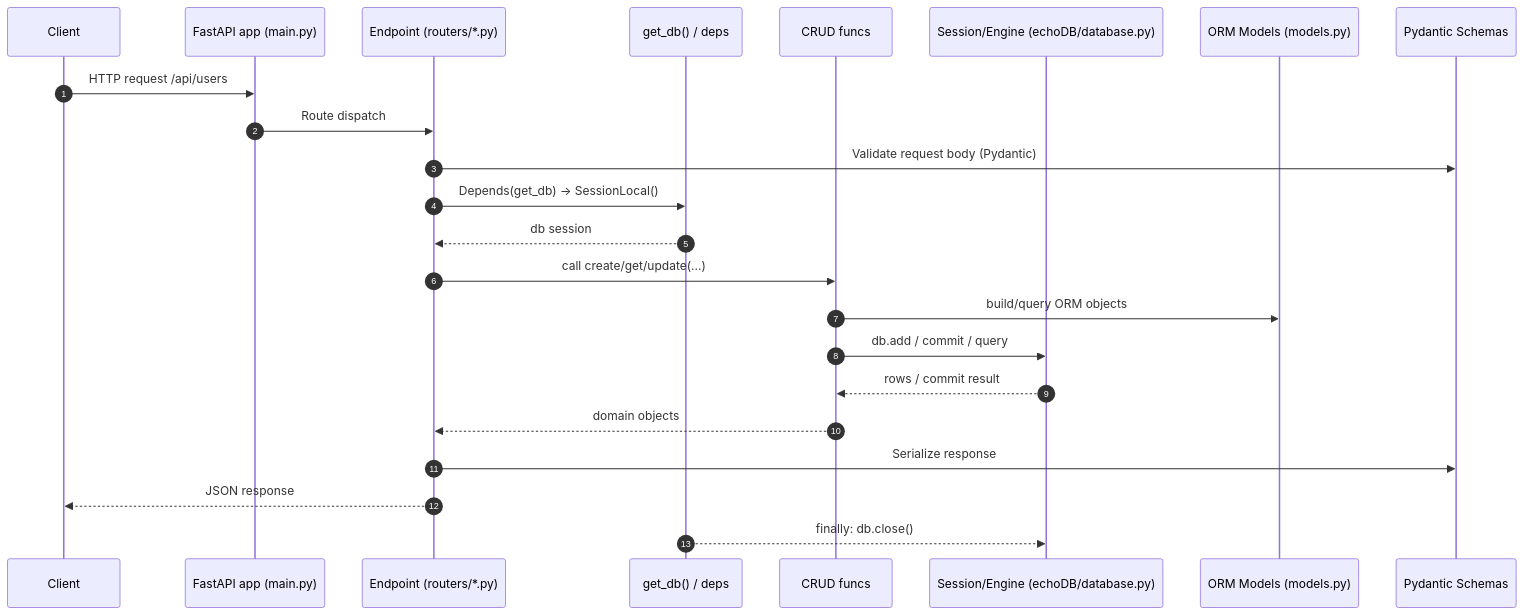
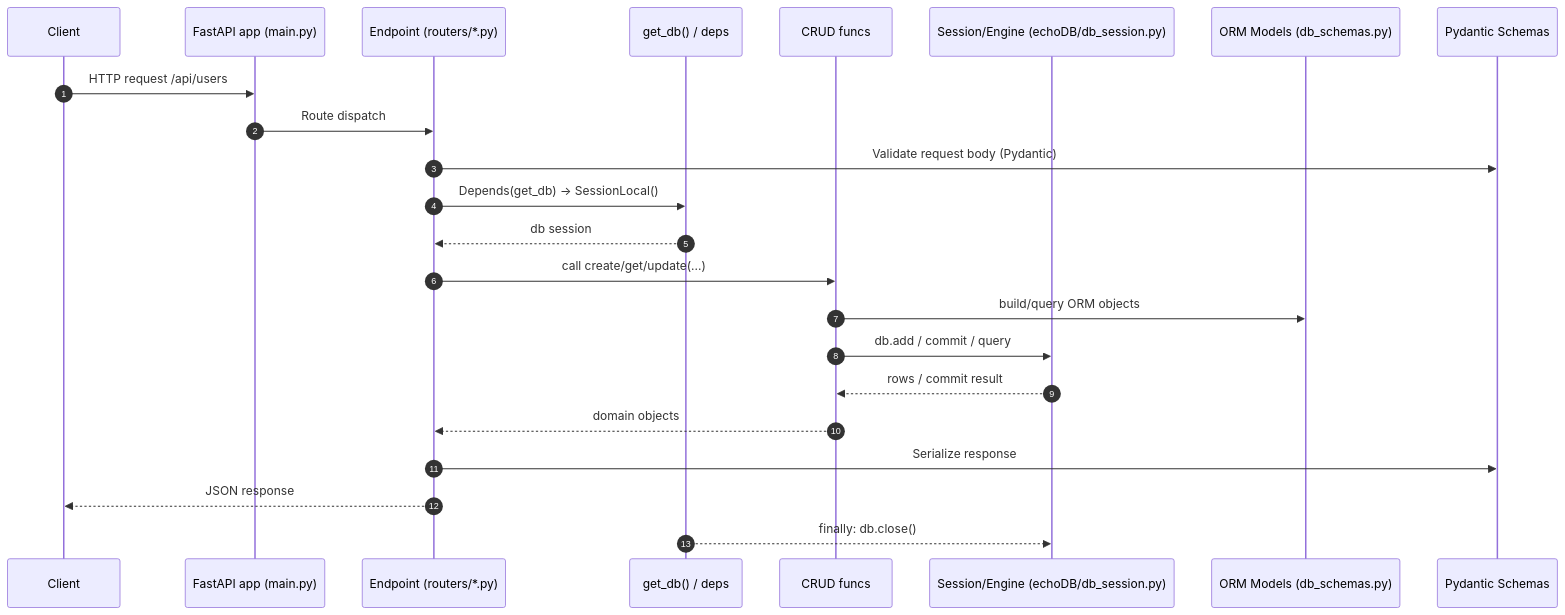
One commit to knland01/TEAM-19---C350 changed the second of 2 diagrams in EchoLogz/flowchart.md. Above: the diagram before and after it, drawn with Mermaid. The commit also changed other lines of this file and 14 other files, not shown here.

````diff
--- a/EchoLogz/flowchart.md
+++ b/EchoLogz/flowchart.md
@@ -61,26 +61,26 @@
 ```mermaid
 sequenceDiagram
   autonumber
   participant Client
   participant App as FastAPI app (main.py)
   participant Router as Endpoint (routers/*.py)
   participant Deps as get_db() / deps
   participant CRUD as CRUD funcs
-  participant DB as Session/Engine (echoDB/database.py)
-  participant Models as ORM Models (models.py)
+  participant DB as Session/Engine (echoDB/db_session.py)
+  participant Models as ORM Models (db_schemas.py)
   participant Schemas as Pydantic Schemas
 
   Client->>App: HTTP request /api/users
   App->>Router: Route dispatch
   Router->>Schemas: Validate request body (Pydantic)
   Router->>Deps: Depends(get_db) -> SessionLocal()
   Deps-->>Router: db session
   Router->>CRUD: call create/get/update(...)
   CRUD->>Models: build/query ORM objects
   CRUD->>DB: db.add / commit / query
   DB-->>CRUD: rows / commit result
   CRUD-->>Router: domain objects
   Router->>Schemas: Serialize response
   Router-->>Client: JSON response
   Deps-->>DB: finally: db.close()
 ```
````
